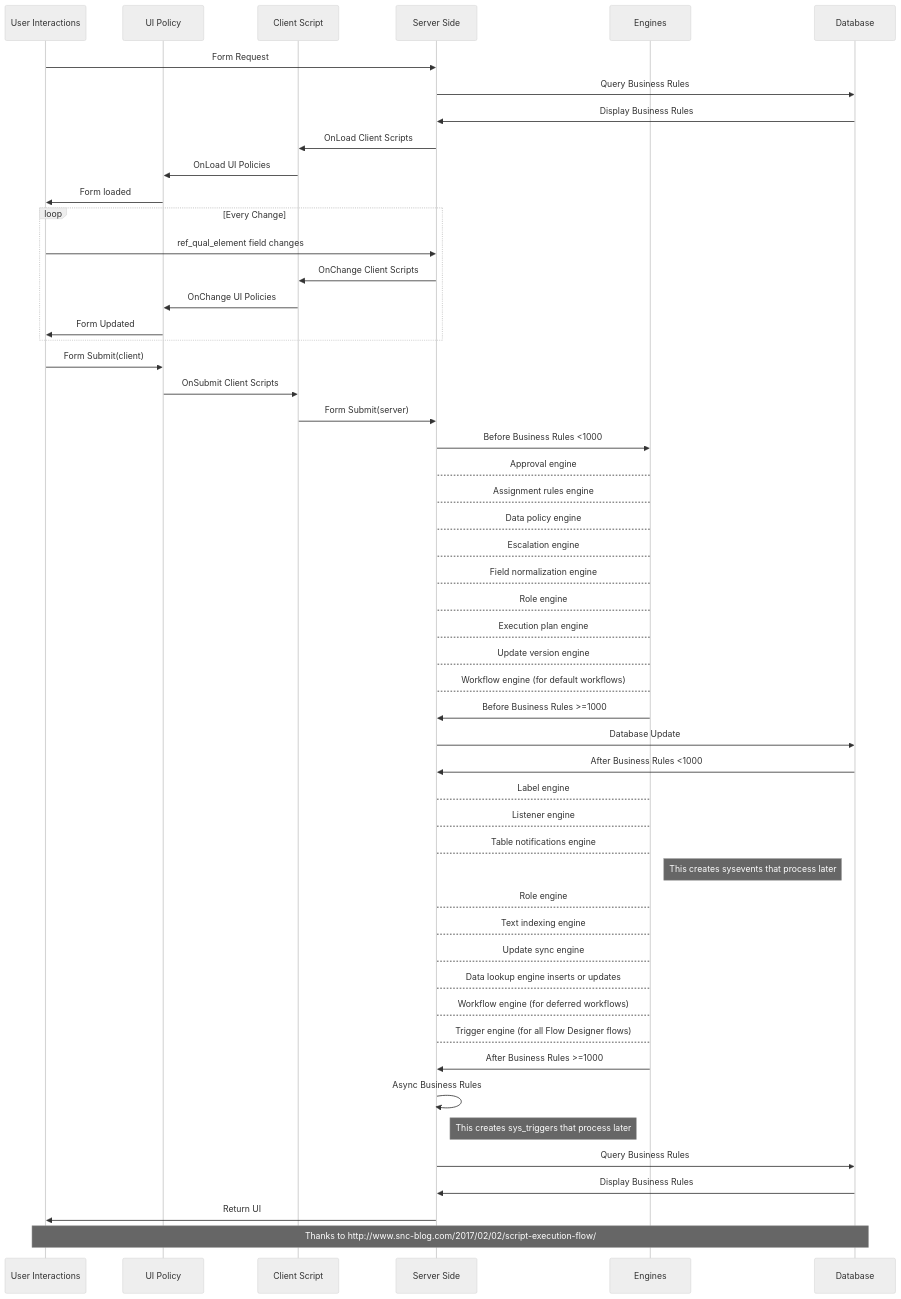
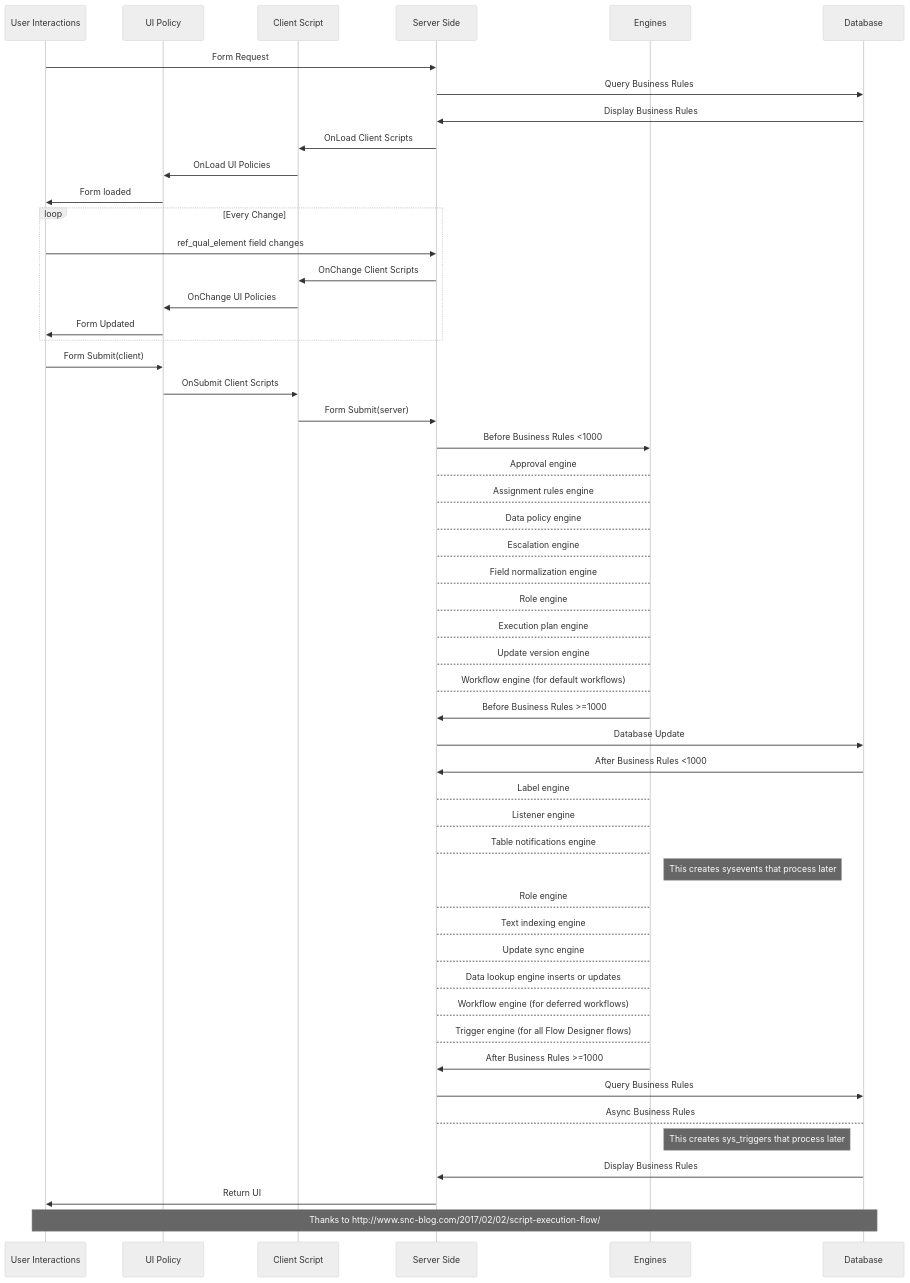
Before and after one commit to jacebenson/workflow: the diagram in public/mmd/concept-order-of-operations.mmd, drawn with Mermaid (neutral theme).

```diff
--- a/public/mmd/concept-order-of-operations.mmd
+++ b/public/mmd/concept-order-of-operations.mmd
@@ -1,53 +1,53 @@
 sequenceDiagram
     participant uxux as User Interactions
     participant csup as UI Policy
     participant cscs as Client Script
     participant ssss as Server Side
     participant eeee as Engines
     participant dbdb as Database
     uxux->>ssss: Form Request
     ssss->>dbdb: Query Business Rules
     dbdb->>ssss: Display Business Rules
     ssss->>cscs: OnLoad Client Scripts
     cscs->>csup: OnLoad UI Policies
     csup->>uxux: Form loaded
     loop Every Change
         uxux->>ssss: ref_qual_element field changes
         ssss->>cscs: OnChange Client Scripts
         cscs->>csup: OnChange UI Policies
         csup->>uxux: Form Updated
     end
     uxux->>csup: Form Submit(client)
     csup->>cscs: OnSubmit Client Scripts
     cscs->>ssss: Form Submit(server)
     ssss->>eeee: Before Business Rules <1000
     eeee-->ssss: Approval engine
     eeee-->ssss: Assignment rules engine
     eeee-->ssss: Data policy engine
     eeee-->ssss: Escalation engine
     eeee-->ssss: Field normalization engine
     eeee-->ssss: Role engine
     eeee-->ssss: Execution plan engine
     eeee-->ssss: Update version engine
     eeee-->ssss: Workflow engine (for default workflows)
     eeee->>ssss: Before Business Rules >=1000
     ssss->>dbdb: Database Update
     dbdb->>ssss: After Business Rules <1000
     ssss-->eeee: Label engine
     ssss-->eeee: Listener engine
     ssss-->eeee: Table notifications engine
     Note right of eeee: This creates sysevents that process later
     ssss-->eeee: Role engine
     ssss-->eeee: Text indexing engine
     ssss-->eeee: Update sync engine
     ssss-->eeee: Data lookup engine inserts or updates
     ssss-->eeee: Workflow engine (for deferred workflows)
     ssss-->eeee: Trigger engine (for all Flow Designer flows)
     eeee->>ssss: After Business Rules >=1000
-    ssss->>ssss: Async Business Rules
-    Note right of ssss: This creates sys_triggers that process later
     ssss->>dbdb: Query Business Rules
+    ssss-->dbdb: Async Business Rules
+    Note right of eeee: This creates sys_triggers that process later
     dbdb->>ssss: Display Business Rules
     ssss->>uxux: Return UI
 
 Note over uxux,dbdb: Thanks to http://www.snc-blog.com/2017/02/02/script-execution-flow/
```
